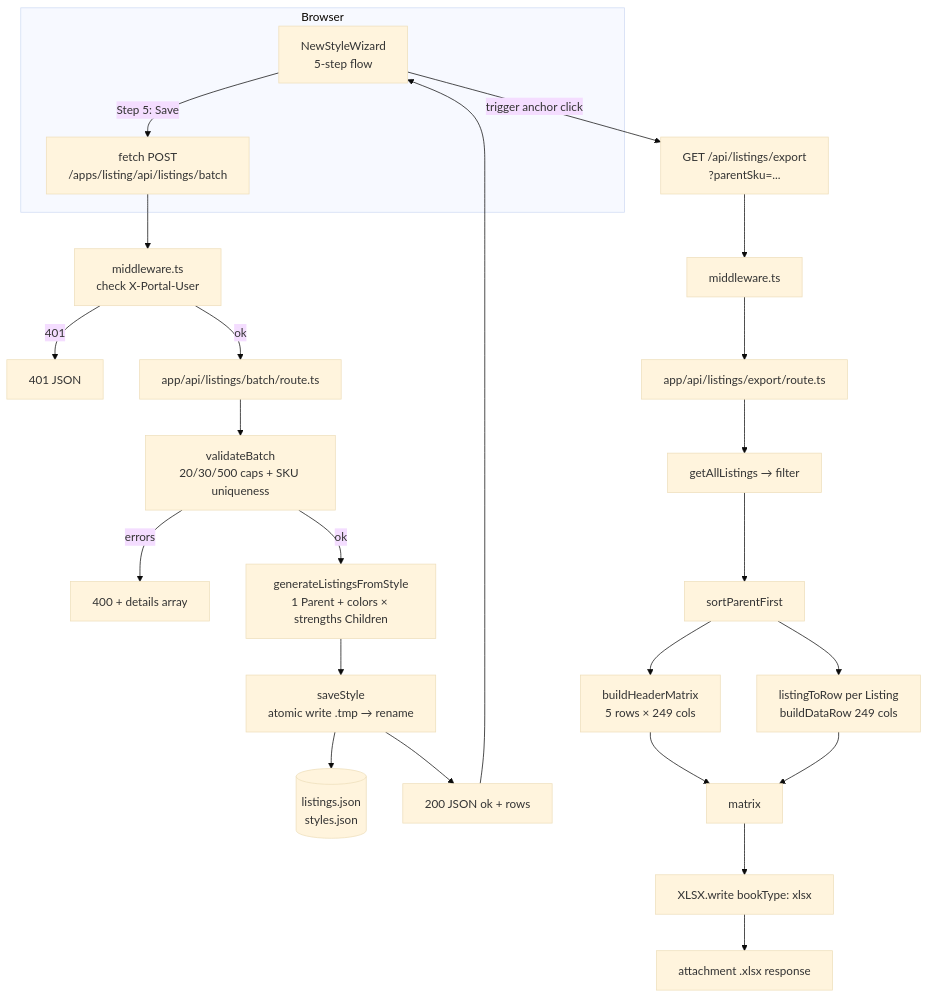
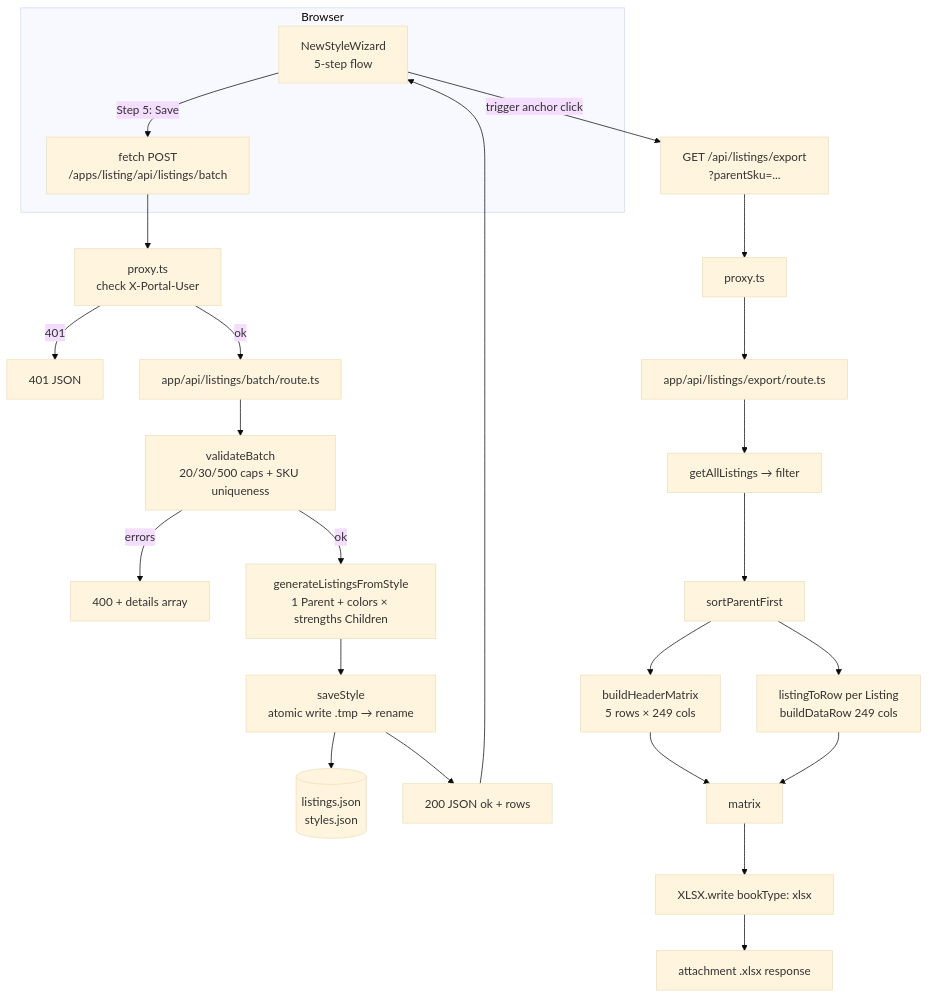
The third of 5 diagrams in docs/architecture.md (twinkletwinkleltd/ama-listing-creator), drawn with Mermaid (base theme) before and after one commit. The commit also changed other lines of this file and 16 other files, not shown here.

First line of the commit message:
feat: migrate middleware.ts to proxy.ts for Next.js Turbopack upgrade

````diff
--- a/docs/architecture.md
+++ b/docs/architecture.md
@@ -63,31 +63,31 @@
 ```mermaid
 flowchart TD
     subgraph Browser
         W[NewStyleWizard<br/>5-step flow]
         W --> |Step 5: Save| POST[fetch POST<br/>/apps/listing/api/listings/batch]
     end
 
-    POST --> MW[middleware.ts<br/>check X-Portal-User]
+    POST --> MW[proxy.ts<br/>check X-Portal-User]
     MW -->|401| Unauth[401 JSON]
     MW -->|ok| RT[app/api/listings/batch/route.ts]
 
     RT --> V[validateBatch<br/>20/30/500 caps + SKU uniqueness]
     V -->|errors| E400[400 + details array]
     V -->|ok| GEN[generateListingsFromStyle<br/>1 Parent + colors × strengths Children]
     GEN --> SS[saveStyle<br/>atomic write .tmp → rename]
     SS --> FS[(listings.json<br/>styles.json)]
     SS --> R200[200 JSON ok + rows]
 
     R200 --> W
     W --> |trigger anchor click| DL[GET /api/listings/export<br/>?parentSku=...]
-    DL --> MW2[middleware.ts]
+    DL --> MW2[proxy.ts]
     MW2 --> EXP[app/api/listings/export/route.ts]
     EXP --> LS[getAllListings → filter]
     LS --> SORT[sortParentFirst]
     SORT --> HDR[buildHeaderMatrix<br/>5 rows × 249 cols]
     SORT --> ROWS[listingToRow per Listing<br/>buildDataRow 249 cols]
     HDR --> M[matrix]
     ROWS --> M
     M --> XLSX[XLSX.write bookType: xlsx]
     XLSX --> BLOB[attachment .xlsx response]
 ```
````
